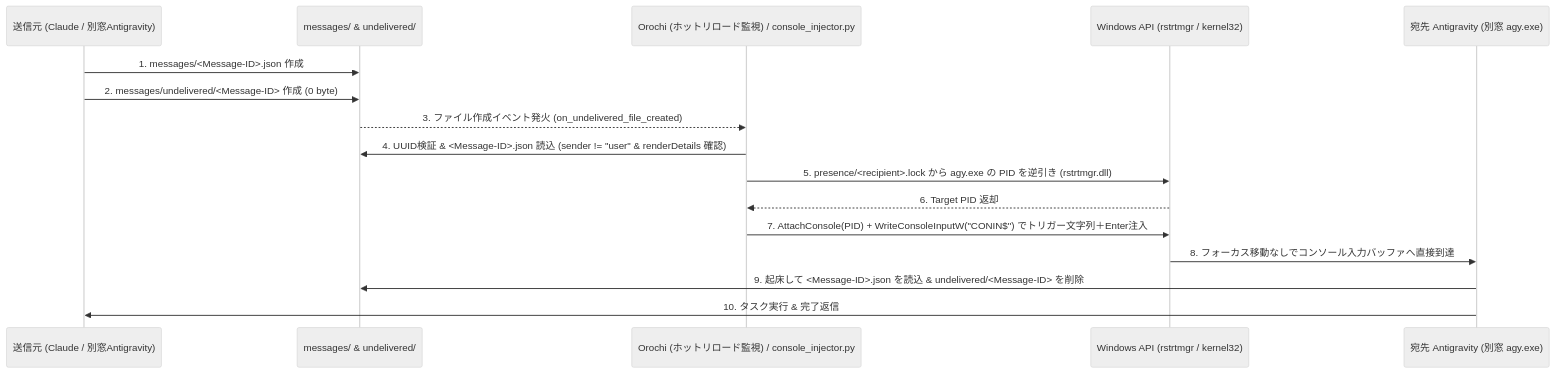
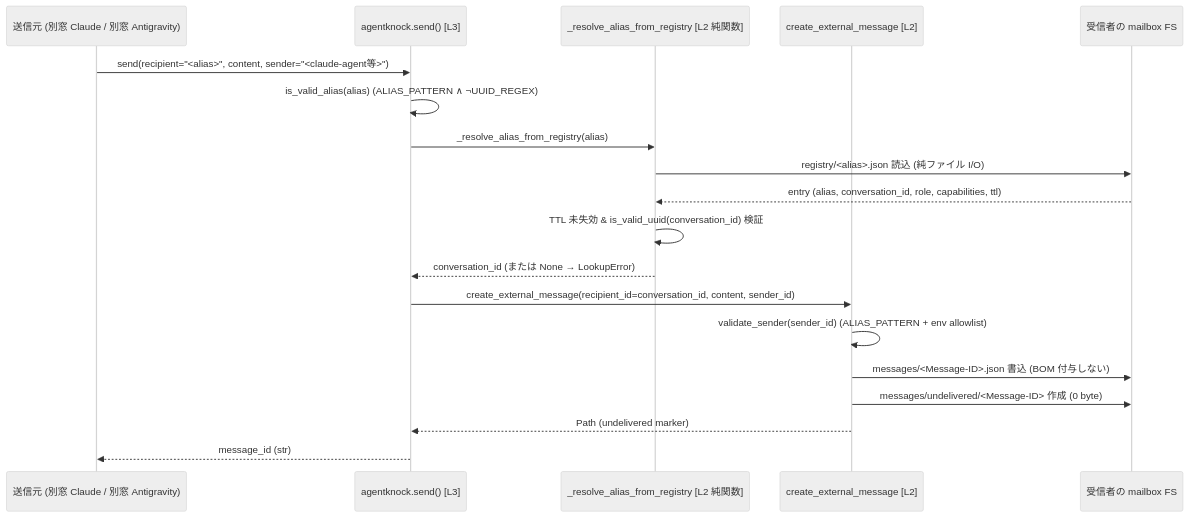
Before and after one commit to Ibusa-T/agentknock: the first of 2 diagrams in WORK_FLOW.md, drawn with Mermaid (neutral theme). The commit also changed other lines of this file, not shown here.

First line of the commit message:
docs(workflow): rewrite WORK_FLOW.md for the v0.2 two-stage architecture (D6)

````diff
--- a/WORK_FLOW.md
+++ b/WORK_FLOW.md
@@ -33,19 +53,22 @@
 ```mermaid
 sequenceDiagram
-    participant Sender as 送信元 (Claude / 別窓Antigravity)
-    participant FS as messages/ & undelivered/
-    participant Orochi as Orochi (ホットリロード監視) / console_injector.py
-    participant WinAPI as Windows API (rstrtmgr / kernel32)
-    participant Target as 宛先 Antigravity (別窓 agy.exe)
+    participant Sender as 送信元 (別窓 Claude / 別窓 Antigravity)
+    participant L3 as agentknock.send() [L3]
+    participant L2reg as _resolve_alias_from_registry [L2 純関数]
+    participant L2msg as create_external_message [L2]
+    participant FS as 受信者の mailbox FS
 
-    Sender->>FS: 1. messages/<Message-ID>.json 作成
-    Sender->>FS: 2. messages/undelivered/<Message-ID> 作成 (0 byte)
-    FS-->>Orochi: 3. ファイル作成イベント発火 (on_undelivered_file_created)
-    Orochi->>FS: 4. UUID検証 & <Message-ID>.json 読込 (sender != "user" & renderDetails 確認)
-    Orochi->>WinAPI: 5. presence/<recipient>.lock から agy.exe の PID を逆引き (rstrtmgr.dll)
-    WinAPI-->>Orochi: 6. Target PID 返却
-    Orochi->>WinAPI: 7. AttachConsole(PID) + WriteConsoleInputW("CONIN$") でトリガー文字列＋Enter注入
-    WinAPI->>Target: 8. フォーカス移動なしでコンソール入力バッファへ直接到達
-    Target->>FS: 9. 起床して <Message-ID>.json を読込 & undelivered/<Message-ID> を削除
-    Target->>Sender: 10. タスク実行 & 完了返信
+    Sender->>L3: send(recipient="<alias>", content, sender="<claude-agent等>")
+    L3->>L3: is_valid_alias(alias) (ALIAS_PATTERN ∧ ¬UUID_REGEX)
+    L3->>L2reg: _resolve_alias_from_registry(alias)
+    L2reg->>FS: registry/<alias>.json 読込 (純ファイル I/O)
+    FS-->>L2reg: entry (alias, conversation_id, role, capabilities, ttl)
+    L2reg->>L2reg: TTL 未失効 & is_valid_uuid(conversation_id) 検証
+    L2reg-->>L3: conversation_id (または None → LookupError)
+    L3->>L2msg: create_external_message(recipient_id=conversation_id, content, sender_id)
+    L2msg->>L2msg: validate_sender(sender_id) (ALIAS_PATTERN + env allowlist)
+    L2msg->>FS: messages/<Message-ID>.json 書込 (BOM 付与しない)
+    L2msg->>FS: messages/undelivered/<Message-ID> 作成 (0 byte)
+    L2msg-->>L3: Path (undelivered marker)
+    L3-->>Sender: message_id (str)
 ```
````
